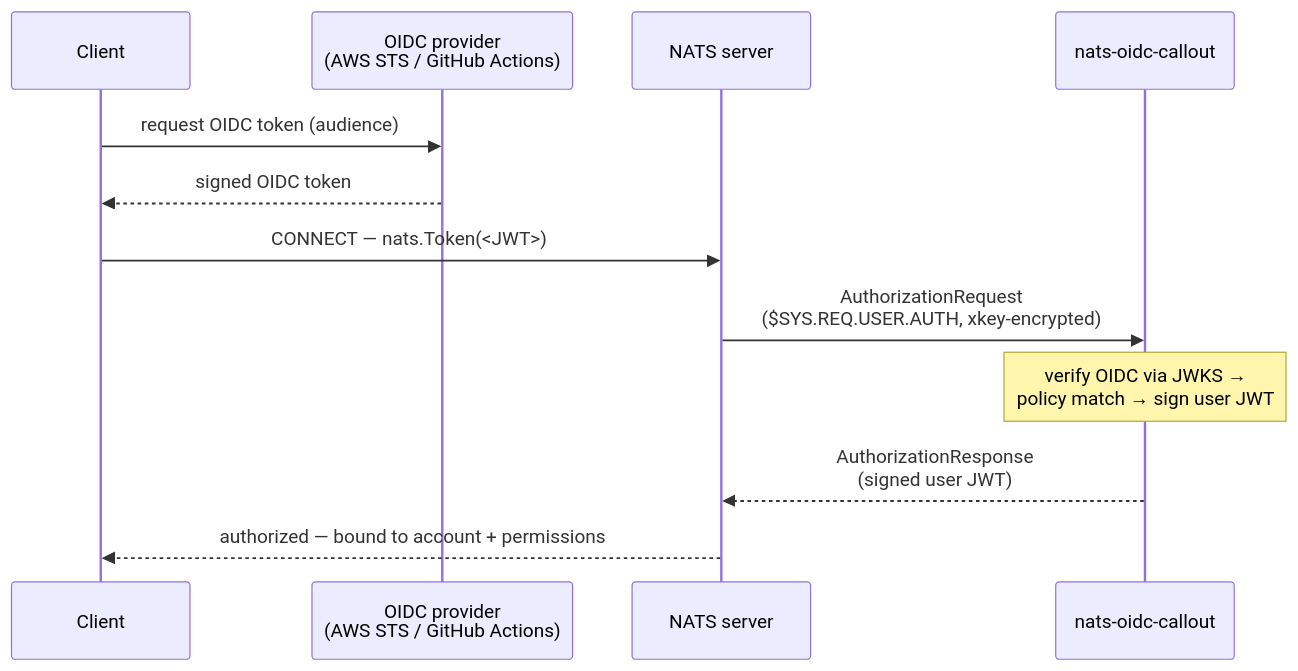
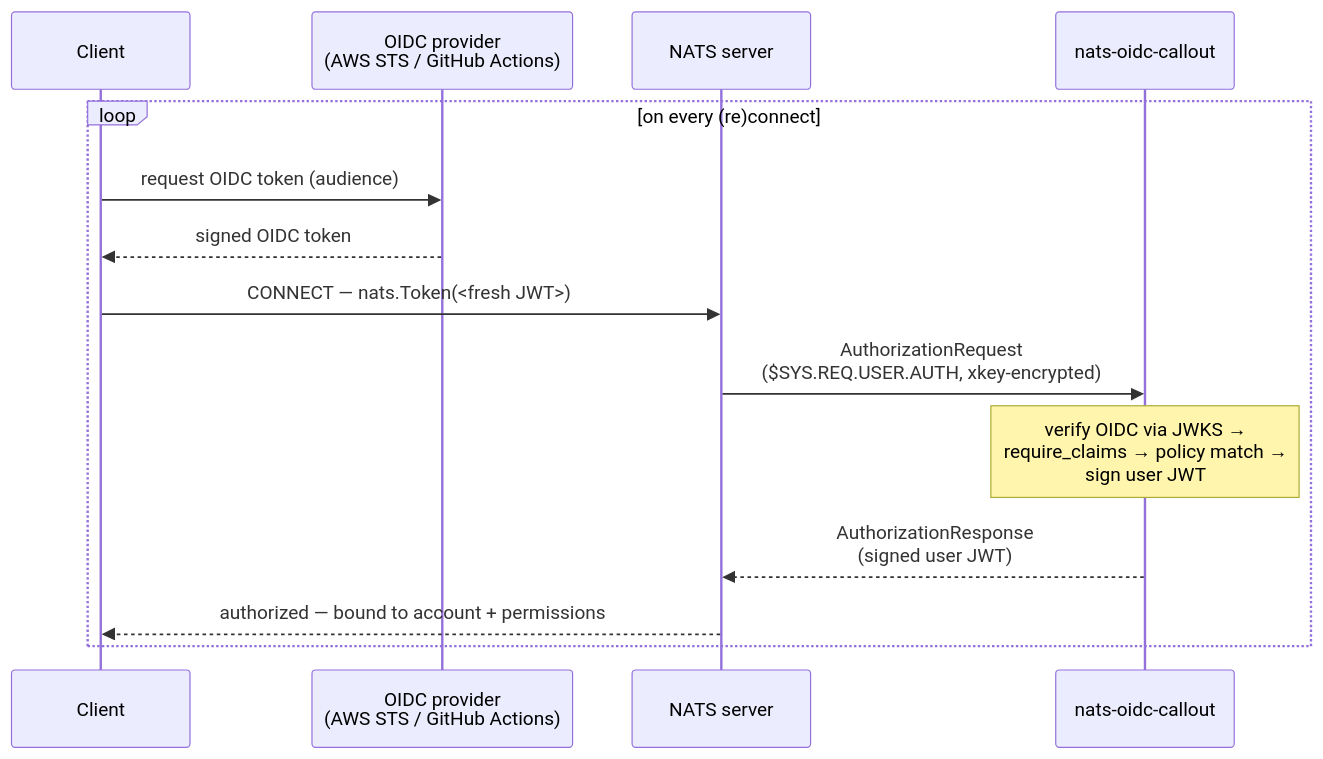
The diagram in README.md (sylr/nats-jwt-callout), drawn with Mermaid before and after one commit.

Commit message:
docs: show per-reconnect token loop in the "How it works" diagram
The sequence diagram read as a one-shot "get token, connect once", hiding the
system's key operational property: the client re-acquires a token on every
(re)connect (via nats.TokenHandler in the libs), which is the only refresh path
since the callout runs solely at CONNECT and the issued user JWT is capped to
the token's expiry. Wrap the acquire->connect->callout steps in a `loop on every
(re)connect` and use `<fresh JWT>`.

Also mirror the prose step list in the callout note: add the require_claims
binding between JWKS verification and policy match.

Confidence: high
Scope-risk: narrow

````diff
--- a/README.md
+++ b/README.md
@@ -17,15 +17,17 @@
 ```mermaid
 sequenceDiagram
     participant C as Client
     participant P as OIDC provider<br/>(AWS STS / GitHub Actions)
     participant S as NATS server
     participant A as nats-oidc-callout
 
-    C->>P: request OIDC token (audience)
-    P-->>C: signed OIDC token
-    C->>S: CONNECT — nats.Token(<JWT>)
-    S->>A: AuthorizationRequest<br/>($SYS.REQ.USER.AUTH, xkey-encrypted)
-    Note over A: verify OIDC via JWKS →<br/>policy match → sign user JWT
-    A-->>S: AuthorizationResponse<br/>(signed user JWT)
-    S-->>C: authorized — bound to account + permissions
+    loop on every (re)connect
+        C->>P: request OIDC token (audience)
+        P-->>C: signed OIDC token
+        C->>S: CONNECT — nats.Token(<fresh JWT>)
+        S->>A: AuthorizationRequest<br/>($SYS.REQ.USER.AUTH, xkey-encrypted)
+        Note over A: verify OIDC via JWKS →<br/>require_claims → policy match →<br/>sign user JWT
+        A-->>S: AuthorizationResponse<br/>(signed user JWT)
+        S-->>C: authorized — bound to account + permissions
+    end
 ```
````
